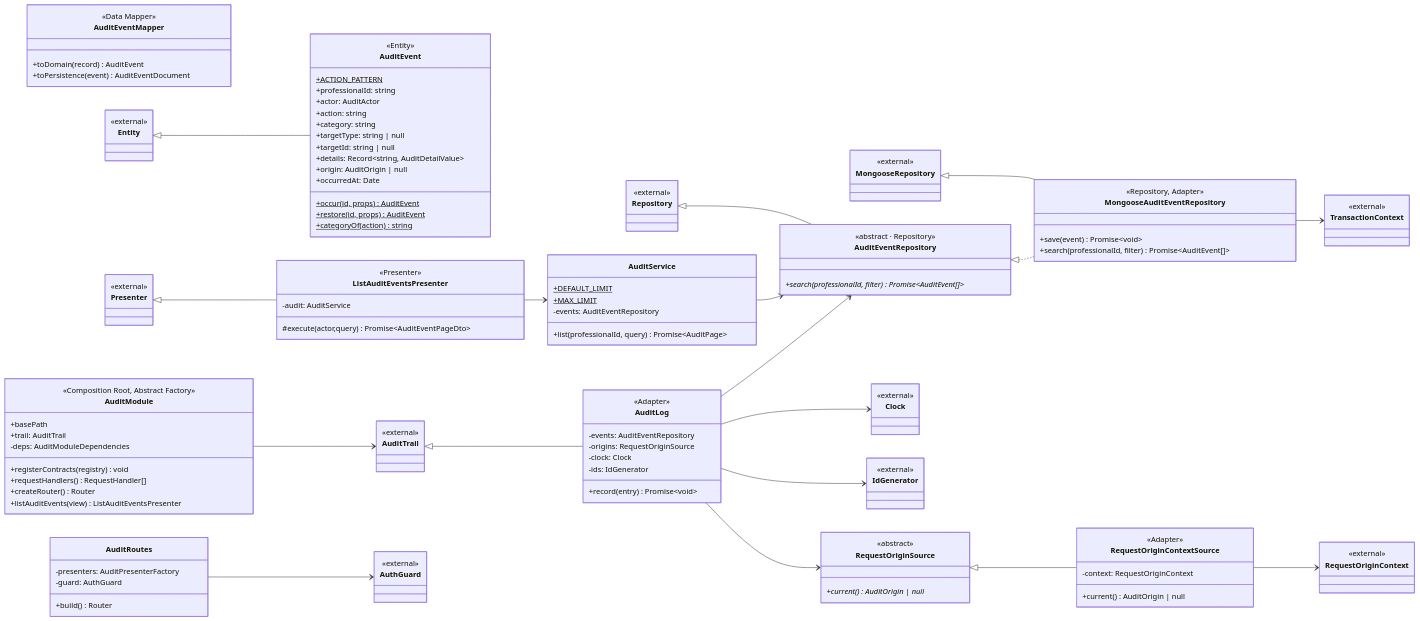
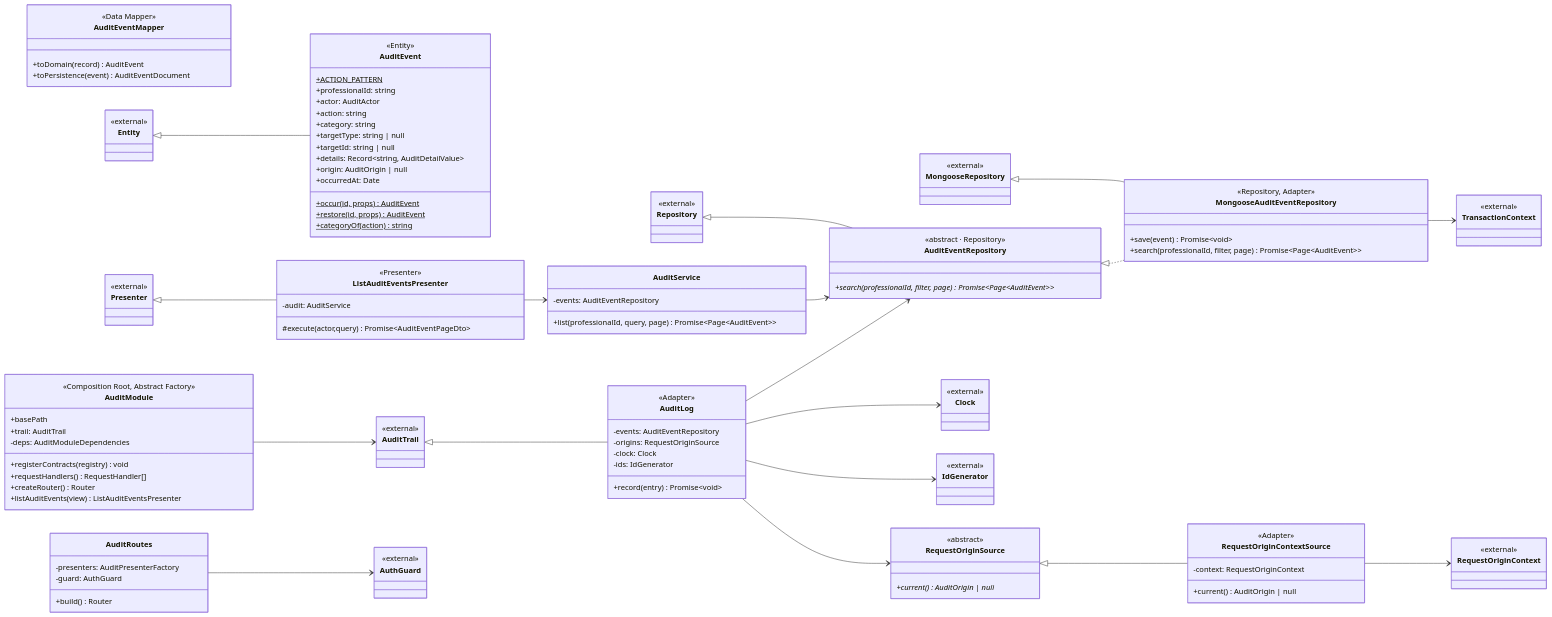
One commit to Org-Mentora/mentora-diploma changed the sixth of 16 diagrams in docs/architecture/class-diagram.md. Above: the diagram before and after it, drawn with Mermaid. The commit also changed other lines of this file, not shown here.

Commit message:
docs(architecture): regenerate class diagram

```diff
--- a/docs/architecture/class-diagram.md
+++ b/docs/architecture/class-diagram.md
@@ -813,7 +839,7 @@
   }
   class AuditEventRepository {
     <<abstract · Repository>>
-    +search(professionalId, filter)* Promise~AuditEvent[]~
+    +search(professionalId, filter, page)* Promise~Page~AuditEvent~~
   }
   class AuditLog {
     <<Adapter>>
@@ -839,10 +865,8 @@
     +build() Router
   }
   class AuditService {
-    +DEFAULT_LIMIT$
-    +MAX_LIMIT$
     -events: AuditEventRepository
-    +list(professionalId, query) Promise~AuditPage~
+    +list(professionalId, query, page) Promise~Page~AuditEvent~~
   }
   class ListAuditEventsPresenter {
     <<Presenter>>
@@ -852,7 +876,7 @@
   class MongooseAuditEventRepository {
     <<Repository, Adapter>>
     +save(event) Promise~void~
-    +search(professionalId, filter) Promise~AuditEvent[]~
+    +search(professionalId, filter, page) Promise~Page~AuditEvent~~
   }
   class RequestOriginContextSource {
     <<Adapter>>
```
